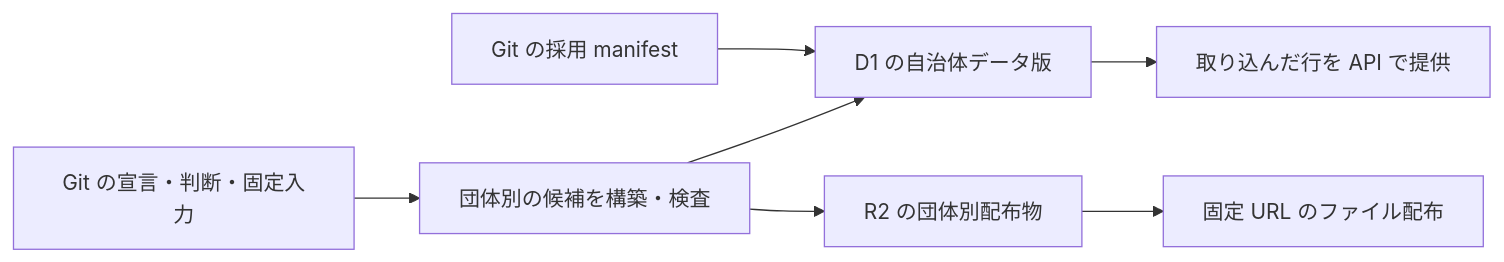
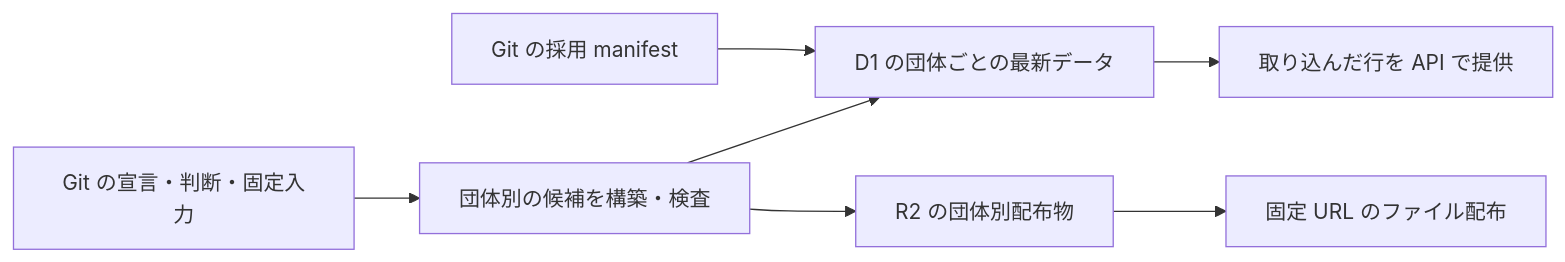
Before and after one commit to wwwyo/fudoki: the first of 2 diagrams in docs/design-doc-jurisdiction-versions.md, drawn with Mermaid. The commit also changed other lines of this file and 22 other files, not shown here.

````diff
--- a/docs/design-doc-jurisdiction-versions.md
+++ b/docs/design-doc-jurisdiction-versions.md
@@ -20,9 +20,9 @@
 ```mermaid
 flowchart LR
     git[Git の宣言・判断・固定入力] --> build[団体別の候補を構築・検査]
-    build --> version[D1 の自治体データ版]
+    build --> version[D1 の団体ごとの最新データ]
     build --> package[R2 の団体別配布物]
     version --> api[取り込んだ行を API で提供]
     package --> download[固定 URL のファイル配布]
     manifest[Git の採用 manifest] --> version
 ```
````
